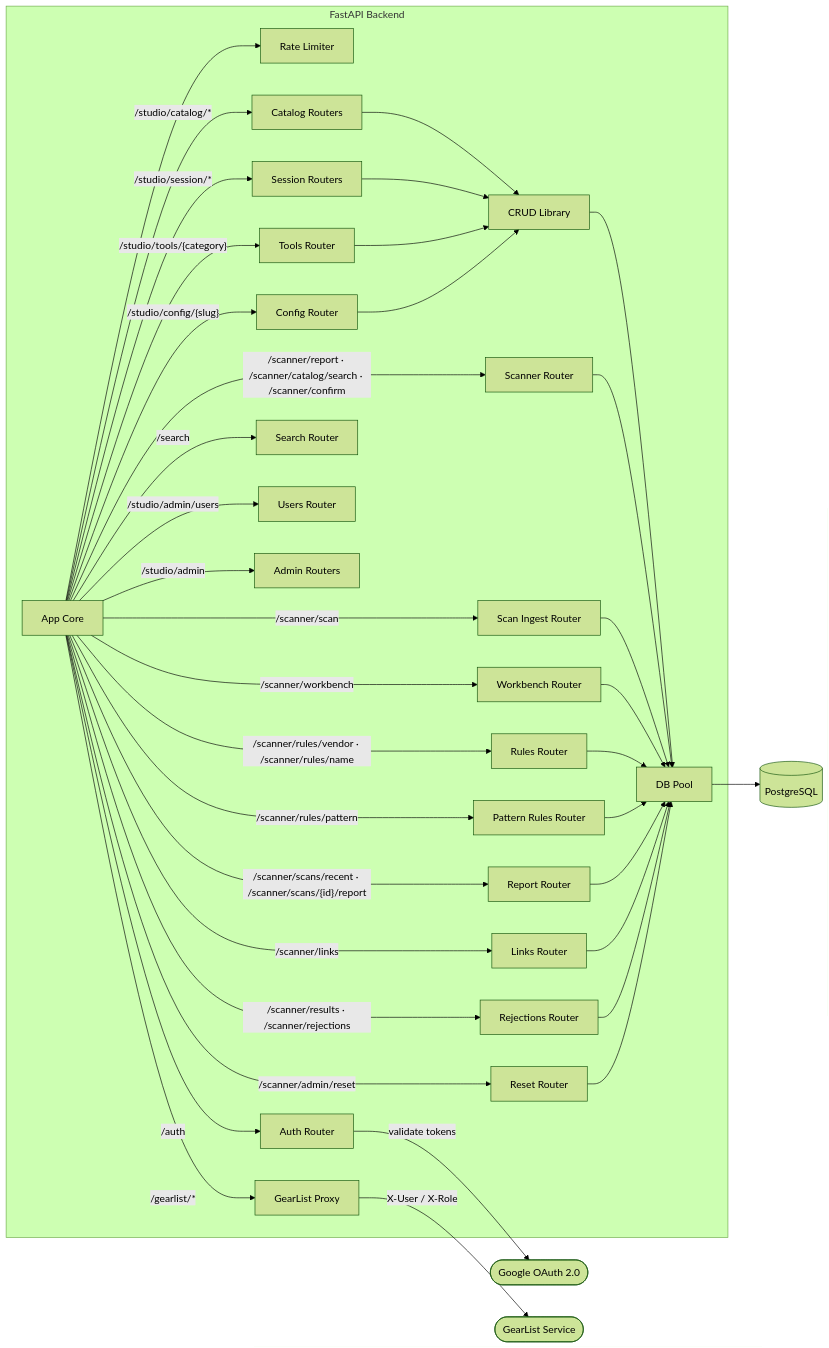
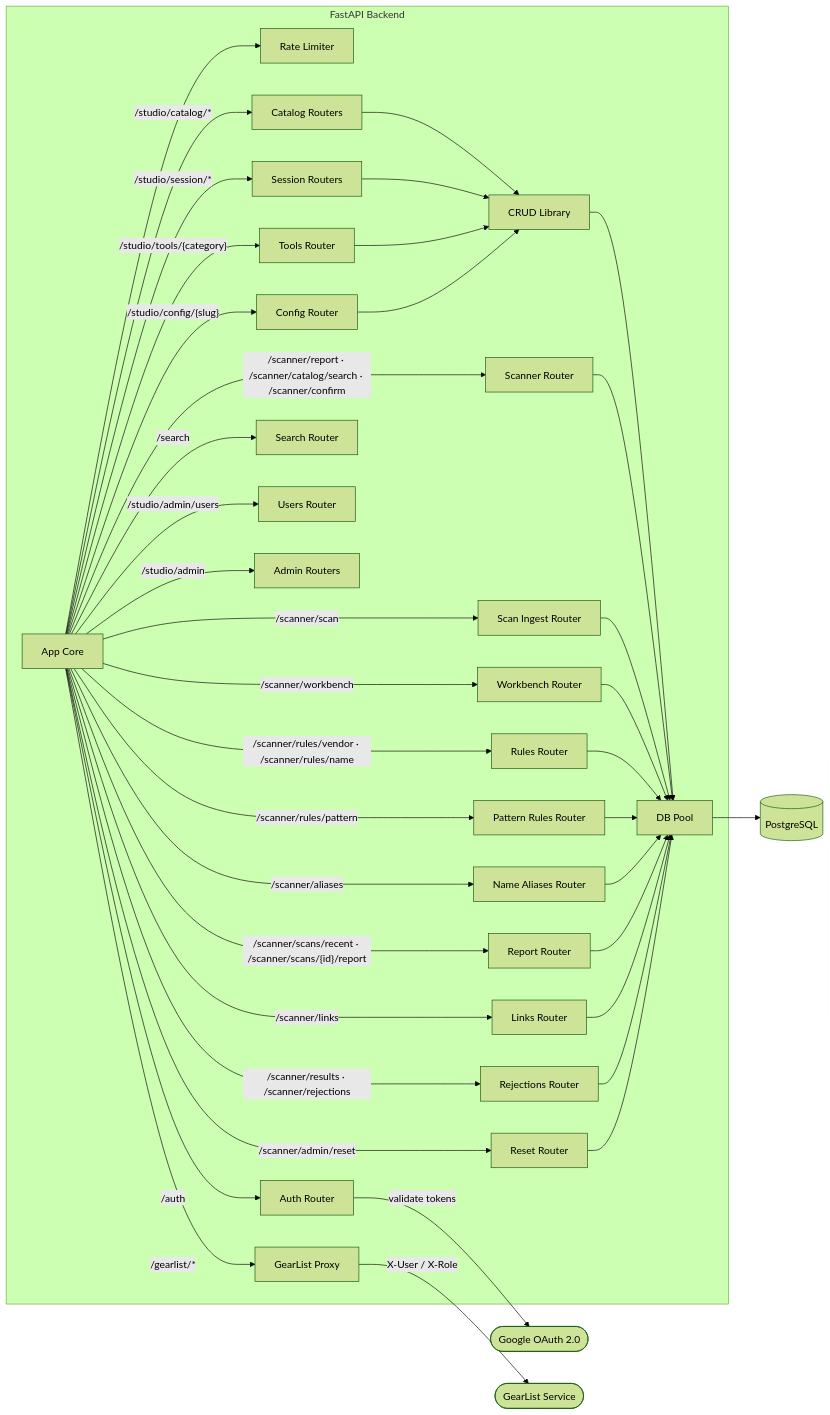
The diagram in docs/arch/diagrams/l3-backend.md (edtbl76/stud.io), drawn with Mermaid (forest theme) before and after one commit. The commit also changed other lines of this file and 13 other files, not shown here.

Commit message:
Add direct name-alias write endpoint for scanner UI (#108)

````diff
--- a/docs/arch/diagrams/l3-backend.md
+++ b/docs/arch/diagrams/l3-backend.md
@@ -5,68 +5,71 @@
 ```mermaid
 graph LR
     subgraph backend ["FastAPI Backend"]
         appcore["App Core"]
         limiter["Rate Limiter"]
         authrouter["Auth Router"]
         catalogrouters["Catalog Routers"]
         sessionrouters["Session Routers"]
         toolsrouter["Tools Router"]
         configrouter["Config Router"]
         searchrouter["Search Router"]
         usersrouter["Users Router"]
         adminrouters["Admin Routers"]
         gearlistrouter["GearList Proxy"]
         scannerrouter["Scanner Router"]
         ingestrouter["Scan Ingest Router"]
         patternrulesrouter["Pattern Rules Router"]
+        aliasrouter["Name Aliases Router"]
         workbenchrouter["Workbench Router"]
         rulesrouter["Rules Router"]
         reportrouter["Report Router"]
         linksrouter["Links Router"]
         rejectionsrouter["Rejections Router"]
         resetrouter["Reset Router"]
         crudlib["CRUD Library"]
         dbpool["DB Pool"]
     end
 
     db[("PostgreSQL")]
     google(["Google OAuth 2.0"])
     gearlist(["GearList Service"])
 
     appcore --> limiter
     appcore -->|"/auth"| authrouter
     appcore -->|"/studio/catalog/*"| catalogrouters
     appcore -->|"/studio/session/*"| sessionrouters
     appcore -->|"/studio/tools/{category}"| toolsrouter
     appcore -->|"/studio/config/{slug}"| configrouter
     appcore -->|"/search"| searchrouter
     appcore -->|"/studio/admin/users"| usersrouter
     appcore -->|"/studio/admin"| adminrouters
     appcore -->|"/gearlist/*"| gearlistrouter
     appcore -->|"/scanner/report · /scanner/catalog/search · /scanner/confirm"| scannerrouter
     appcore -->|"/scanner/scan"| ingestrouter
     appcore -->|"/scanner/workbench"| workbenchrouter
     appcore -->|"/scanner/rules/vendor · /scanner/rules/name"| rulesrouter
     appcore -->|"/scanner/rules/pattern"| patternrulesrouter
+    appcore -->|"/scanner/aliases"| aliasrouter
     appcore -->|"/scanner/scans/recent · /scanner/scans/{id}/report"| reportrouter
     appcore -->|"/scanner/links"| linksrouter
     appcore -->|"/scanner/results · /scanner/rejections"| rejectionsrouter
     appcore -->|"/scanner/admin/reset"| resetrouter
     catalogrouters --> crudlib
     sessionrouters --> crudlib
     toolsrouter --> crudlib
     configrouter --> crudlib
     crudlib --> dbpool
     scannerrouter --> dbpool
     ingestrouter --> dbpool
     workbenchrouter --> dbpool
     rulesrouter --> dbpool
     patternrulesrouter --> dbpool
+    aliasrouter --> dbpool
     reportrouter --> dbpool
     linksrouter --> dbpool
     rejectionsrouter --> dbpool
     resetrouter --> dbpool
     dbpool --> db
     authrouter -->|"validate tokens"| google
     gearlistrouter -->|"X-User / X-Role"| gearlist
 ```
````
